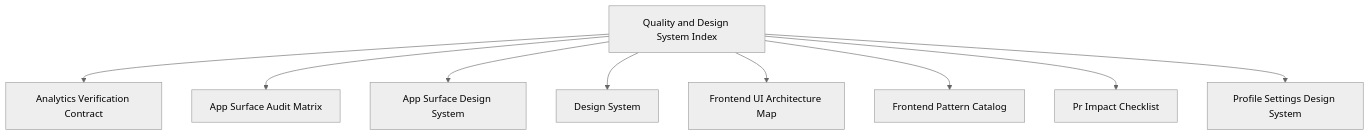
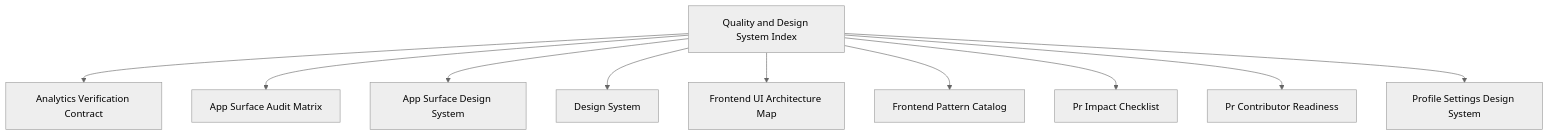
Before and after one commit to hushh-labs/hushh-research: the diagram in docs/reference/quality/README.md, drawn with Mermaid (neutral theme). The commit also changed other lines of this file and 77 other files, not shown here.

````diff
--- a/docs/reference/quality/README.md
+++ b/docs/reference/quality/README.md
@@ -6,20 +6,22 @@
 ```mermaid
 flowchart TD
   root["Quality and Design System Index"]
   n8["Analytics Verification Contract"]
   root --> n8
   n1["App Surface Audit Matrix"]
   root --> n1
   n2["App Surface Design System"]
   root --> n2
   n3["Design System"]
   root --> n3
   n4["Frontend UI Architecture Map"]
   root --> n4
   n5["Frontend Pattern Catalog"]
   root --> n5
   n6["Pr Impact Checklist"]
   root --> n6
+  n9["Pr Contributor Readiness"]
+  root --> n9
   n7["Profile Settings Design System"]
   root --> n7
 ```
````
